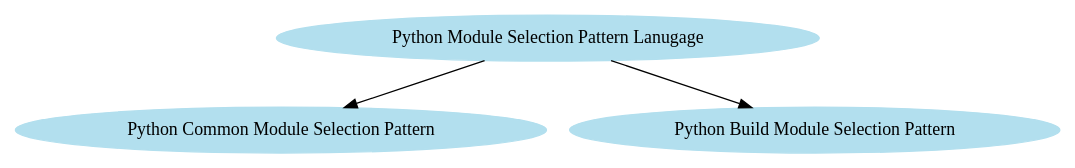
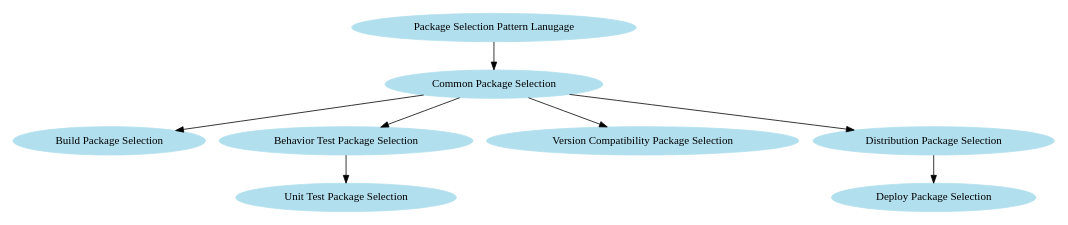
One commit to fkromer/eswp3 changed the diagram in design_languages/python_module_selection_language.rst. Above: the diagram before and after it, drawn with Graphviz. The commit also changed other lines of this file, not shown here.

```diff
--- a/design_languages/python_module_selection_language.rst
+++ b/design_languages/python_module_selection_language.rst
@@ -7,16 +7,26 @@
 .. graphviz::
 
    digraph python_module_selection_pattern_language{
    // styling
    size="11";
    node [color=lightblue2, style=filled];
 
    // node transitions
-   pmspl -> pcmsp;
-   pmspl -> pbmsp;
+   pmspl -> cmsp;
+   cmsp -> bmsp;
+   cmsp -> btp;
+   cmsp -> vcp;
+   cmsp -> distp;
+   btp -> utp;
+   distp -> deplp;
 
    // nodes 
-   pmspl [label="Python Module Selection Pattern Lanugage"];
-   pcmsp [label="Python Common Module Selection Pattern"];
-   pbmsp [label="Python Build Module Selection Pattern"];
+   pmspl [label="Package Selection Pattern Lanugage"];
+   cmsp [label="Common Package Selection", href="../design_languages/python_module_selection_language.html#common-package-selection", target="_top"];
+   bmsp [label="Build Package Selection", href="../design_languages/python_module_selection_language.html#build-package-selection", target="_top"];
+   btp  [label="Behavior Test Package Selection", href="../design_languages/python_module_selection_language.html#behavior-test-package-selection", target="_top"];
+   utp  [label="Unit Test Package Selection", href="../design_languages/python_module_selection_language.html#unit-test-package-selection", target="_top"];
+   vcp  [label="Version Compatibility Package Selection", href="../design_languages/python_module_selection_language.html#version-compatibility-package-selection", target="_top"];
+   distp [label="Distribution Package Selection", href="../design_languages/python_module_selection_language.html#distribution-package-selection", target="_top"];
+   deplp [label="Deploy Package Selection", href="../design_languages/python_module_selection_language.html#deploy-package-selection", target="_top"];
    }
```
